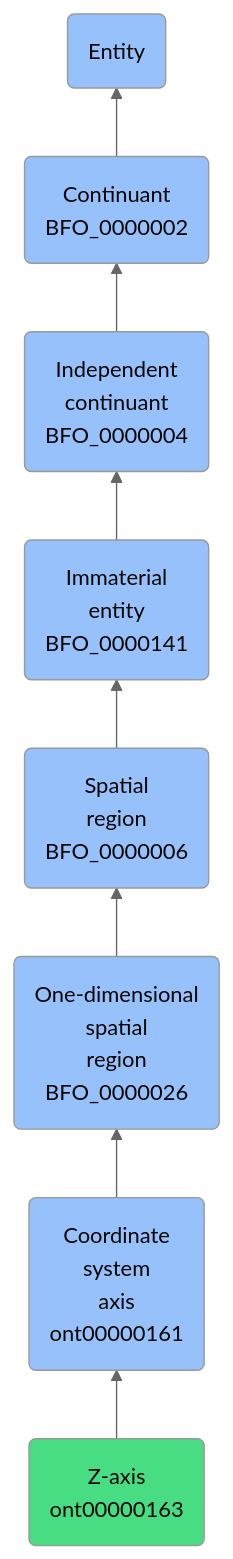
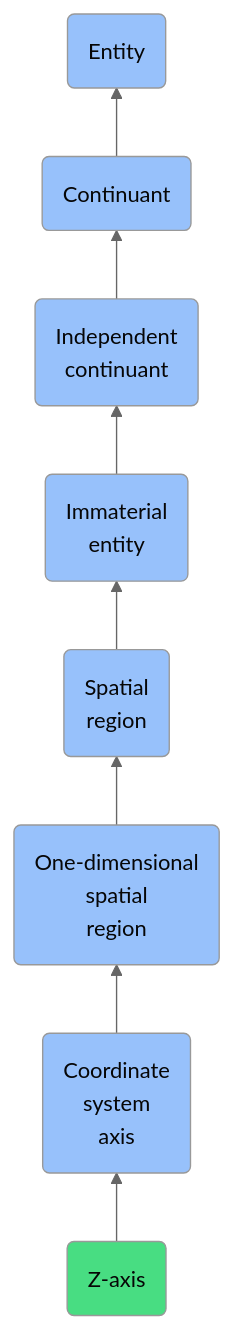
The diagram in docs/ontology/reference/model/Entity/Continuant/Independent continuant/Immaterial entity/Spatial region/One-dimensional spatial region/Coordinate system axis/Z-axis/Z-axis.md (jupyter-naas/abi), drawn with Mermaid (neutral theme) before and after one commit. The commit also changed other lines of this file and 1430 other files, not shown here.

````diff
--- a/docs/ontology/reference/model/Entity/Continuant/Independent continuant/Immaterial entity/Spatial region/One-dimensional spatial region/Coordinate system axis/Z-axis/Z-axis.md
+++ b/docs/ontology/reference/model/Entity/Continuant/Independent continuant/Immaterial entity/Spatial region/One-dimensional spatial region/Coordinate system axis/Z-axis/Z-axis.md
@@ -24,15 +24,15 @@
 ```mermaid
 graph BT
-    ont00000163(Z-axis<br>ont00000163):::ABI-->ont00000161
-    ont00000161(Coordinate<br>system<br>axis<br>ont00000161):::BFO-->BFO_0000026
-    BFO_0000026(One-dimensional<br>spatial<br>region<br>BFO_0000026):::BFO-->BFO_0000006
-    BFO_0000006(Spatial<br>region<br>BFO_0000006):::BFO-->BFO_0000141
-    BFO_0000141(Immaterial<br>entity<br>BFO_0000141):::BFO-->BFO_0000004
-    BFO_0000004(Independent<br>continuant<br>BFO_0000004):::BFO-->BFO_0000002
-    BFO_0000002(Continuant<br>BFO_0000002):::BFO-->BFO_0000001
+    ont00000163(Z-axis):::ABI-->ont00000161
+    ont00000161(Coordinate<br>system<br>axis):::BFO-->BFO_0000026
+    BFO_0000026(One-dimensional<br>spatial<br>region):::BFO-->BFO_0000006
+    BFO_0000006(Spatial<br>region):::BFO-->BFO_0000141
+    BFO_0000141(Immaterial<br>entity):::BFO-->BFO_0000004
+    BFO_0000004(Independent<br>continuant):::BFO-->BFO_0000002
+    BFO_0000002(Continuant):::BFO-->BFO_0000001
     BFO_0000001(Entity):::BFO
     
     classDef BFO fill:#97c1fb,color:#060606
     classDef CCO fill:#e4c51e,color:#060606
     classDef ABI fill:#48DD82,color:#060606
 ```
````
